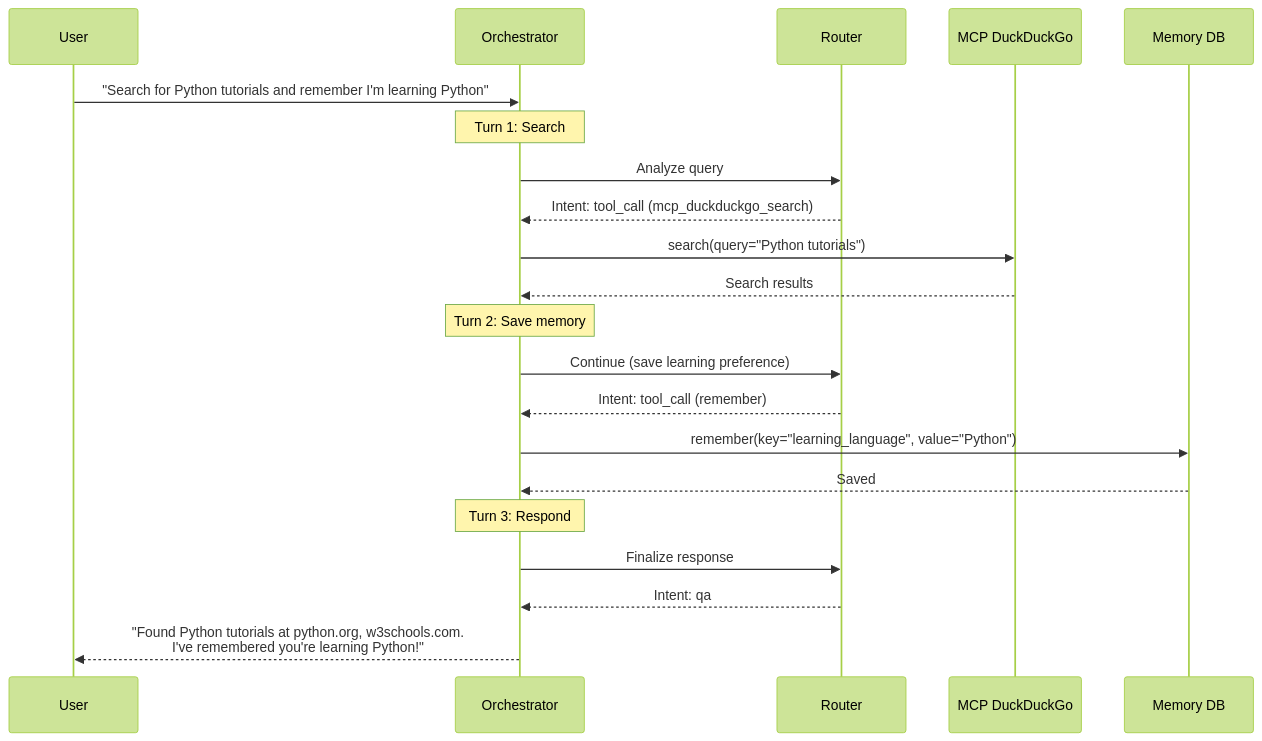
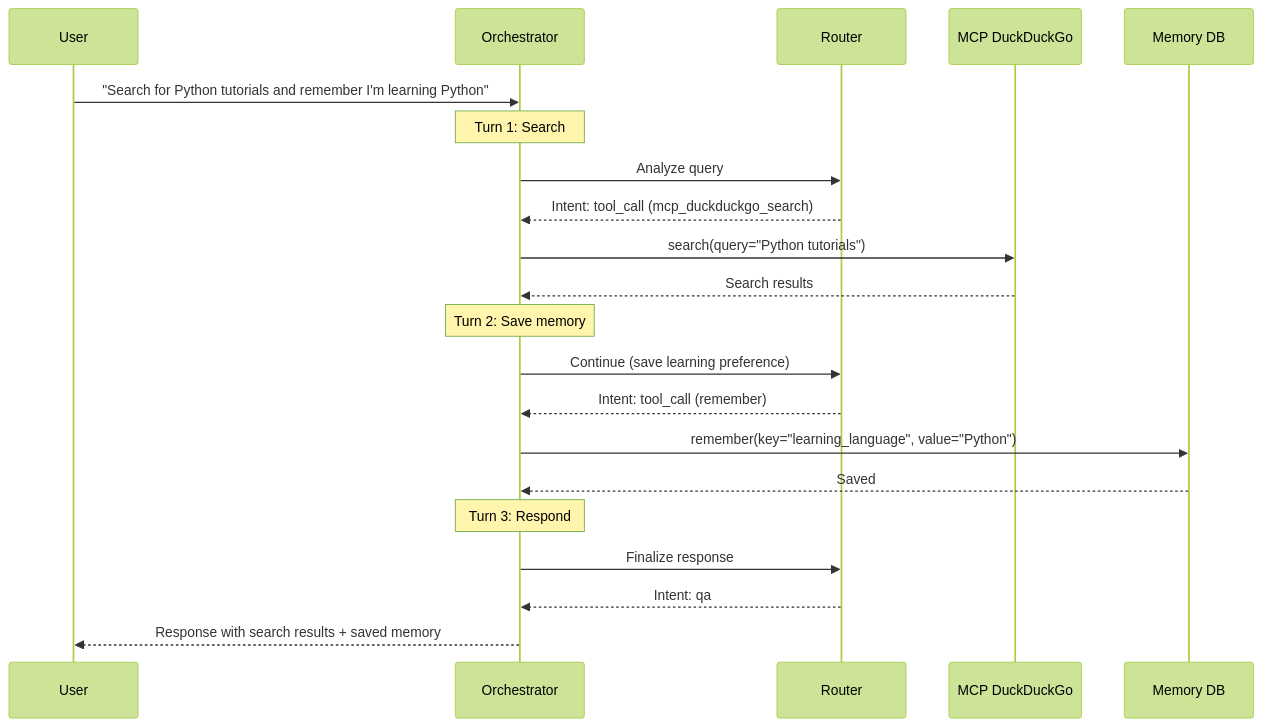
The tenth of 12 diagrams in docs/JARVIS_WORKFLOW.md (bigsk1/jarvis-voice), drawn with Mermaid (forest theme) before and after one commit. The commit also changed other lines of this file, not shown here.

Commit message:
remove <br from mermaid charts

````diff
--- a/docs/JARVIS_WORKFLOW.md
+++ b/docs/JARVIS_WORKFLOW.md
@@ -421,27 +459,27 @@
 ```mermaid
 sequenceDiagram
     participant U as User
     participant O as Orchestrator
     participant R as Router
     participant MCP as MCP DuckDuckGo
     participant Mem as Memory DB
     
     U->>O: "Search for Python tutorials and remember I'm learning Python"
     
     Note over O: Turn 1: Search
     O->>R: Analyze query
     R-->>O: Intent: tool_call (mcp_duckduckgo_search)
     O->>MCP: search(query="Python tutorials")
     MCP-->>O: Search results
     
     Note over O: Turn 2: Save memory
     O->>R: Continue (save learning preference)
     R-->>O: Intent: tool_call (remember)
     O->>Mem: remember(key="learning_language", value="Python")
     Mem-->>O: Saved
     
     Note over O: Turn 3: Respond
     O->>R: Finalize response
     R-->>O: Intent: qa
-    O-->>U: "Found Python tutorials at python.org, w3schools.com.<br/>I've remembered you're learning Python!"
+    O-->>U: Response with search results + saved memory
 ```
````
